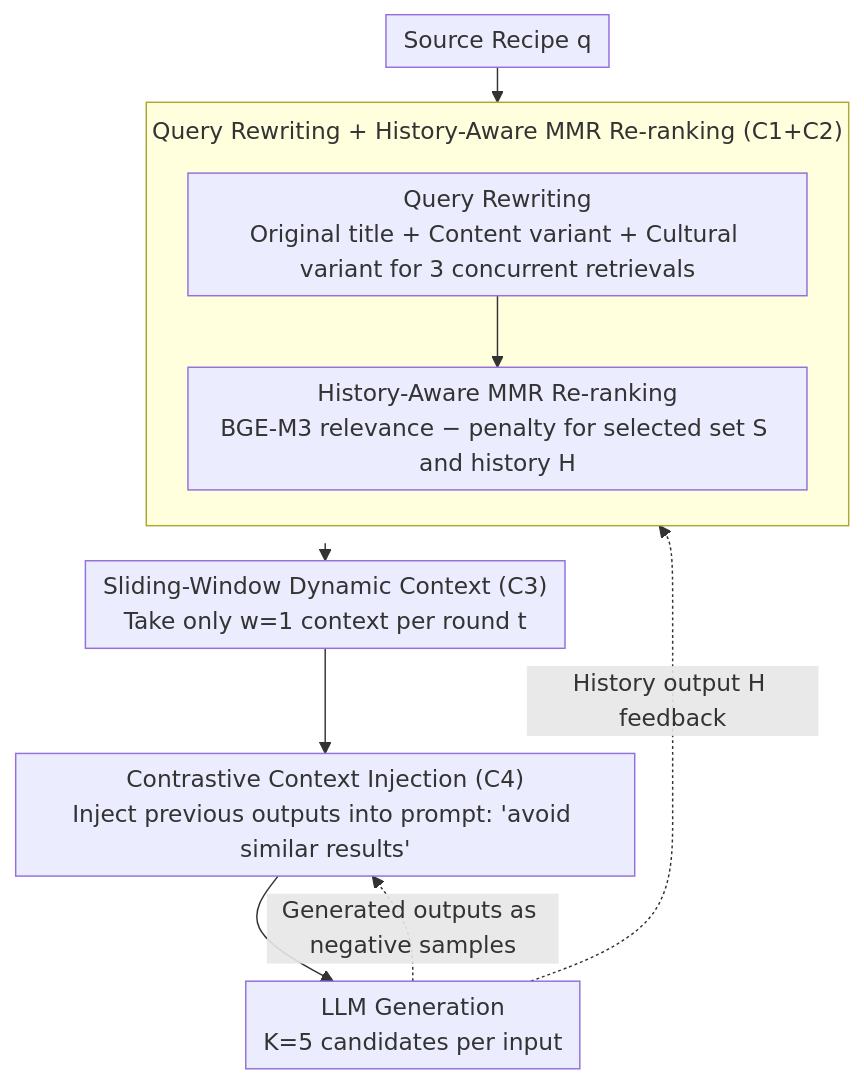
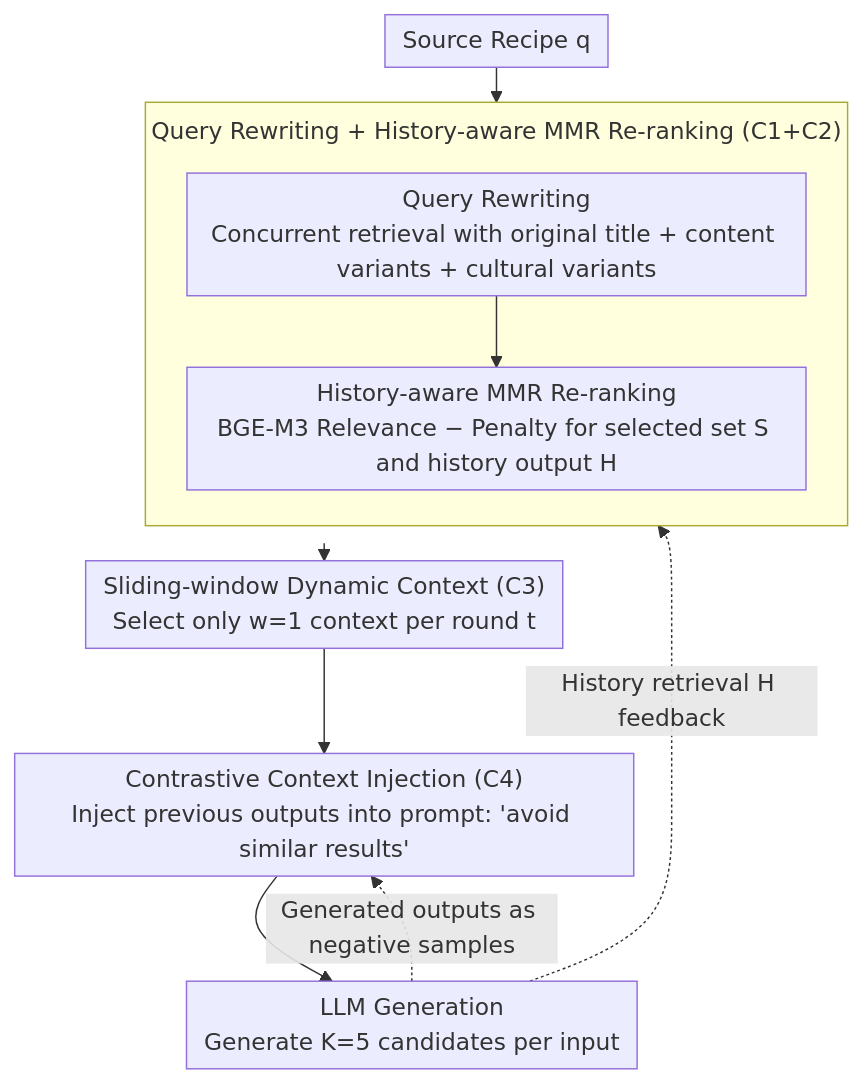
The diagram in docs/ACL2026/recommender/culinary_crossroads_a_rag_framework_for_enhancing_diversity_in_cross-cultural_re.md (zhaoyang97/Paper-Notes-en), drawn with Mermaid before and after one commit. The commit also changed other lines of this file and 5084 other files, not shown here.

````diff
--- a/docs/ACL2026/recommender/culinary_crossroads_a_rag_framework_for_enhancing_diversity_in_cross-cultural_re.md
+++ b/docs/ACL2026/recommender/culinary_crossroads_a_rag_framework_for_enhancing_diversity_in_cross-cultural_re.md
@@ -44,17 +44,17 @@
 ```mermaid
 %%{init: {'flowchart': {'rankSpacing': 24, 'nodeSpacing': 28, 'padding': 6, 'wrappingWidth': 400, 'subGraphTitleMargin': {'top': 8, 'bottom': 16}}}}%%
 flowchart TD
     Q["Source Recipe q"]
-    subgraph RET["Query Rewriting + History-Aware MMR Re-ranking (C1+C2)"]
+    subgraph RET["Query Rewriting + History-aware MMR Re-ranking (C1+C2)"]
         direction TB
-        QR["Query Rewriting<br/>Original title + Content variant + Cultural variant for 3 concurrent retrievals"]
-        MMR["History-Aware MMR Re-ranking<br/>BGE-M3 relevance − penalty for selected set S and history H"]
+        QR["Query Rewriting<br/>Concurrent retrieval with original title + content variants + cultural variants"]
+        MMR["History-aware MMR Re-ranking<br/>BGE-M3 Relevance − Penalty for selected set S and history output H"]
         QR --> MMR
     end
     Q --> RET
-    RET --> DCO["Sliding-Window Dynamic Context (C3)<br/>Take only w=1 context per round t"]
+    RET --> DCO["Sliding-window Dynamic Context (C3)<br/>Select only w=1 context per round t"]
     DCO --> CCI["Contrastive Context Injection (C4)<br/>Inject previous outputs into prompt: 'avoid similar results'"]
-    CCI --> GEN["LLM Generation<br/>K=5 candidates per input"]
-    GEN -.->|History output H feedback| MMR
+    CCI --> GEN["LLM Generation<br/>Generate K=5 candidates per input"]
+    GEN -.->|History retrieval H feedback| MMR
     GEN -.->|Generated outputs as negative samples| CCI
 ```
````
